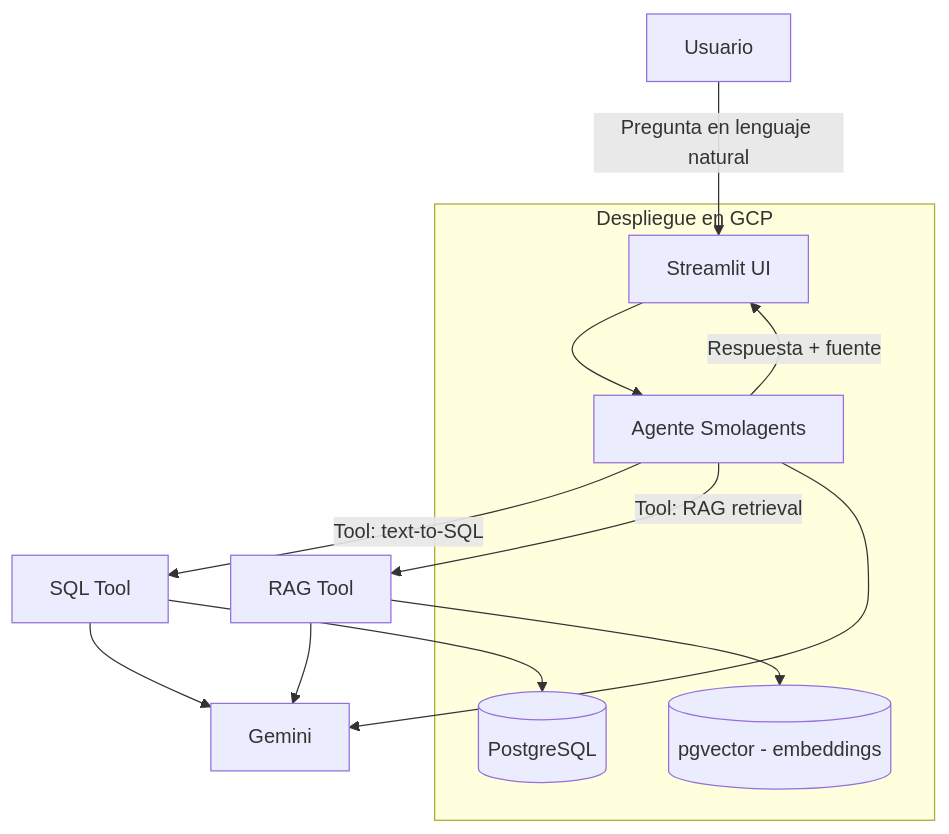
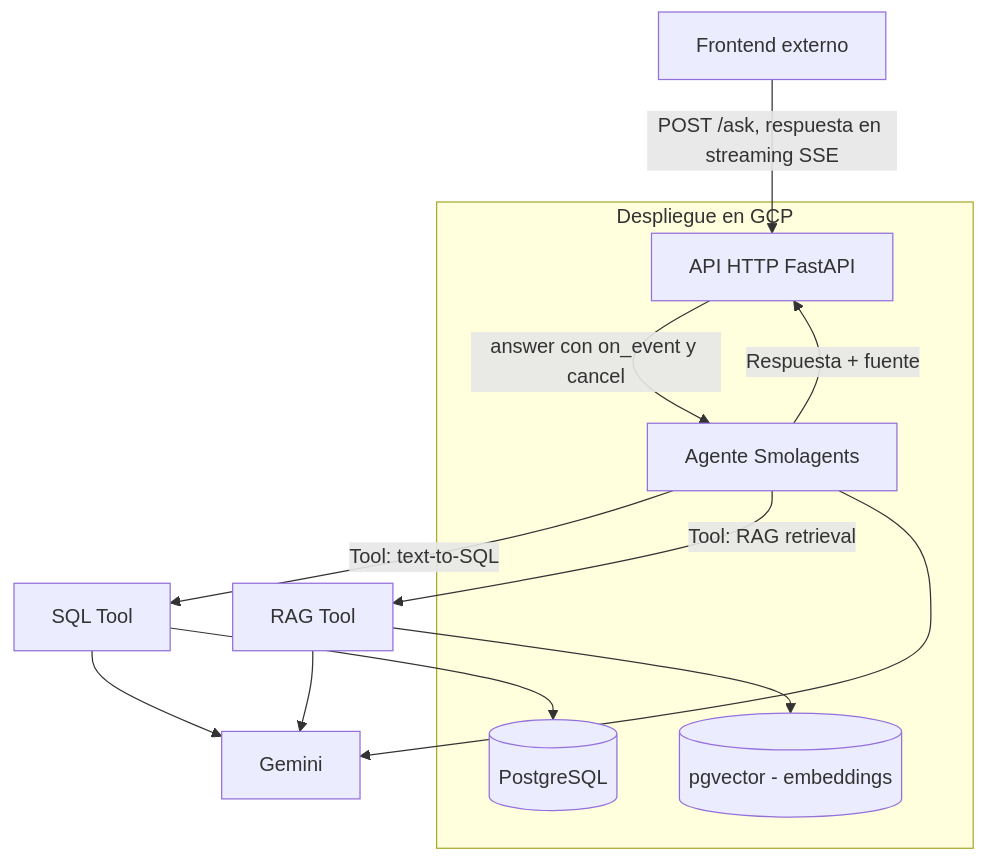
Before and after one commit to lucapierini/tp-topicos-g2-pipidu-library-agent: the diagram in TP/02-especificacion-tecnica.md, drawn with Mermaid. The commit also changed other lines of this file and 10 other files, not shown here.

First line of the commit message:
docs(sdd): alinea la documentación con la eliminación de la UI y la API como único acceso (D80)

````diff
--- a/TP/02-especificacion-tecnica.md
+++ b/TP/02-especificacion-tecnica.md
@@ -11,20 +11,20 @@
 ```mermaid
 flowchart TB
-    U[Usuario] -->|Pregunta en lenguaje natural| UI[Streamlit UI]
-    UI --> AGENT[Agente Smolagents]
+    FE[Frontend externo] -->|POST /ask, respuesta en streaming SSE| API[API HTTP FastAPI]
+    API -->|answer con on_event y cancel| AGENT[Agente Smolagents]
     AGENT -->|Tool: text-to-SQL| SQLTOOL[SQL Tool]
     AGENT -->|Tool: RAG retrieval| RAGTOOL[RAG Tool]
     SQLTOOL --> DB[(PostgreSQL)]
     RAGTOOL --> VSTORE[(pgvector - embeddings)]
     RAGTOOL --> LLM[Gemini]
     SQLTOOL --> LLM
     AGENT --> LLM
-    AGENT -->|Respuesta + fuente| UI
+    AGENT -->|Respuesta + fuente| API
 
     subgraph GCP[Despliegue en GCP]
         DB
         VSTORE
         AGENT
-        UI
+        API
     end
 ```
````
